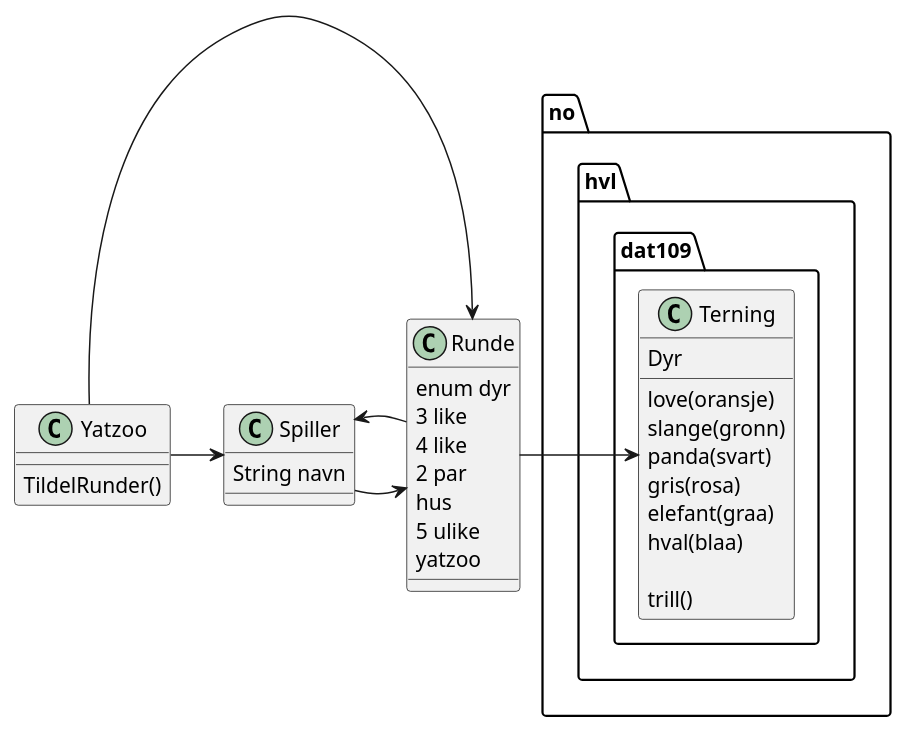
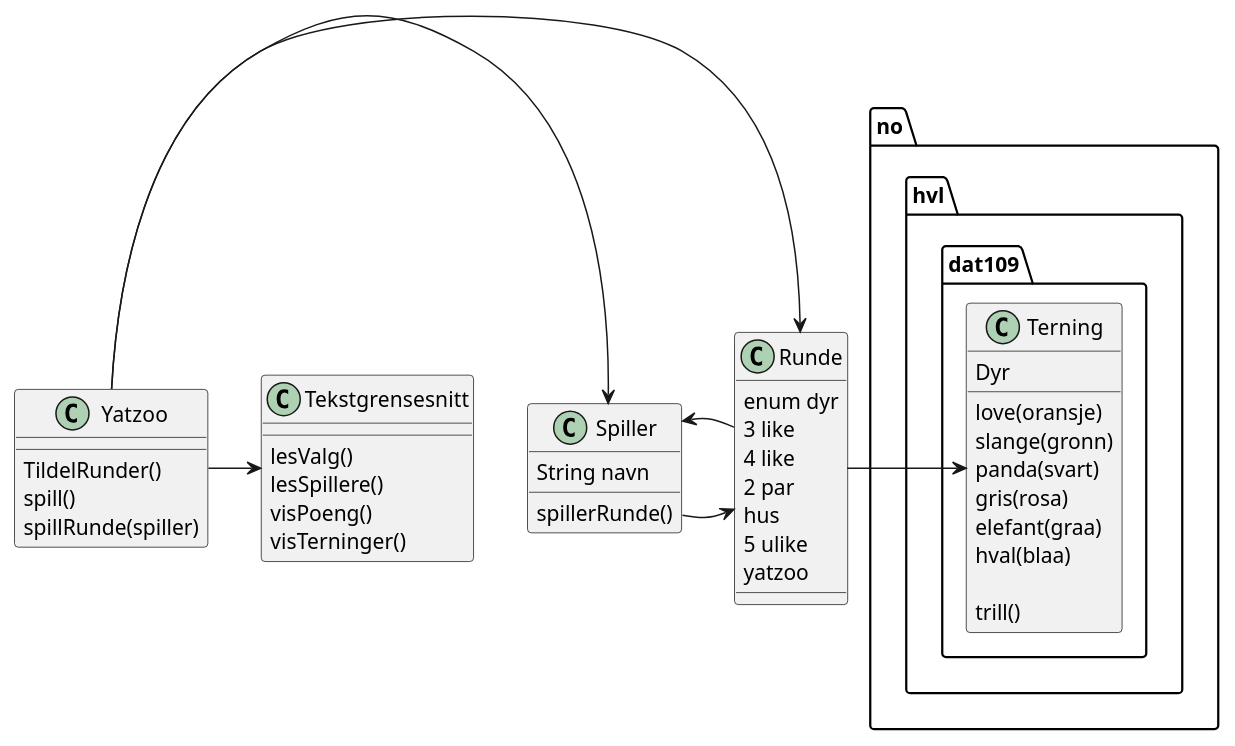
The diagram in src/no/hvl/dat109/uml/Klassediagram.puml (571530/DAT109Oblig1), drawn with PlantUML before and after one commit. The commit also changed 1 other file, not shown here.

Commit message:
Endringer i klassediagrammet og start på tekstgrensesnitt klassen

```diff
--- a/src/no/hvl/dat109/uml/Klassediagram.puml
+++ b/src/no/hvl/dat109/uml/Klassediagram.puml
@@ -1,41 +1,52 @@
 @startuml
 
 class Yatzoo{
 TildelRunder()
+spill()
+spillRunde(spiller)
+}
+
+class Tekstgrensesnitt {
+    lesValg()
+    lesSpillere()
+    visPoeng()
+    visTerninger()
 }
 
 class Spiller{
 String navn
+spillerRunde()
 }
 
 class Runde{
 enum dyr
 3 like
 4 like
 2 par
 hus
 5 ulike
 yatzoo
 }
 
 class no.hvl.dat109.Terning{
 Dyr
 love(oransje)
 slange(gronn)
 panda(svart)
 gris(rosa)
 elefant(graa)
 hval(blaa)
 
 trill()
 }
 
 Yatzoo -> Spiller
+Yatzoo -> Tekstgrensesnitt
 Yatzoo -> Runde
 Spiller -> Runde
 Runde -> no.hvl.dat109.Terning
 Runde -> Spiller
 
 
 
 @enduml
```
